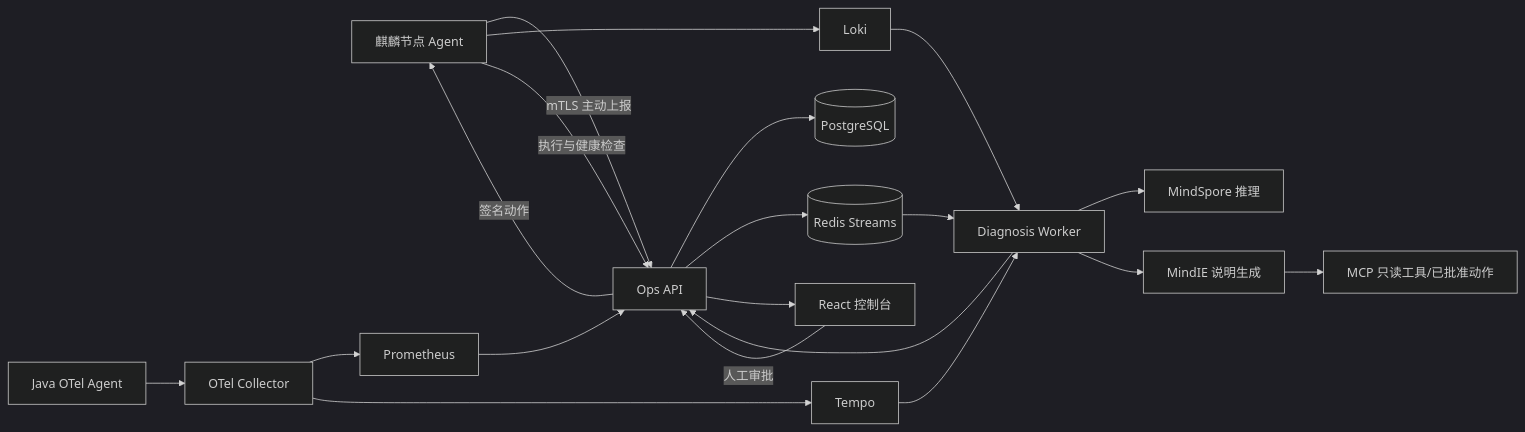
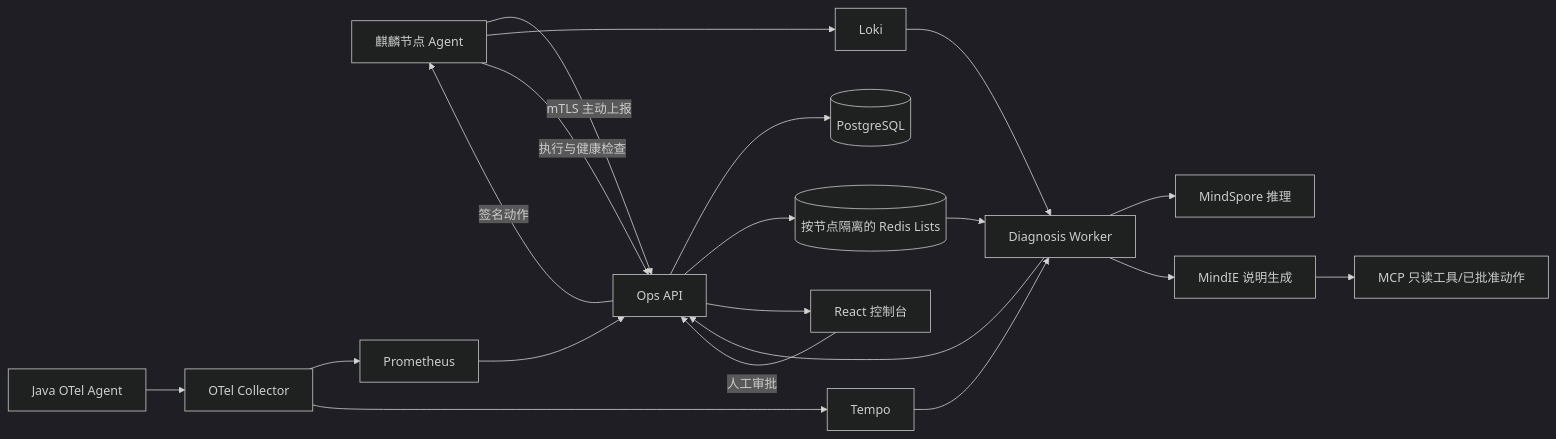
The diagram in docs/architecture.md (weoifgiljb/kylin-aiops), drawn with Mermaid (dark theme) before and after one commit. The commit also changed other lines of this file and 5 other files, not shown here.

````diff
--- a/docs/architecture.md
+++ b/docs/architecture.md
@@ -5,22 +5,22 @@
 ```mermaid
 flowchart LR
   A[麒麟节点 Agent] -->|mTLS 主动上报| B[Ops API]
   J[Java OTel Agent] --> C[OTel Collector]
   C --> P[Prometheus]
   C --> T[Tempo]
   A --> L[Loki]
   P --> B
   L --> D[Diagnosis Worker]
   T --> D
   B --> R[(PostgreSQL)]
-  B --> Q[(Redis Streams)]
+  B --> Q[(按节点隔离的 Redis Lists)]
   Q --> D
   D --> M[MindSpore 推理]
   D --> I[MindIE 说明生成]
   I --> X[MCP 只读工具/已批准动作]
   D --> B
   B --> W[React 控制台]
   W -->|人工审批| B
   B -->|签名动作| A
   A -->|执行与健康检查| B
 ```
````
